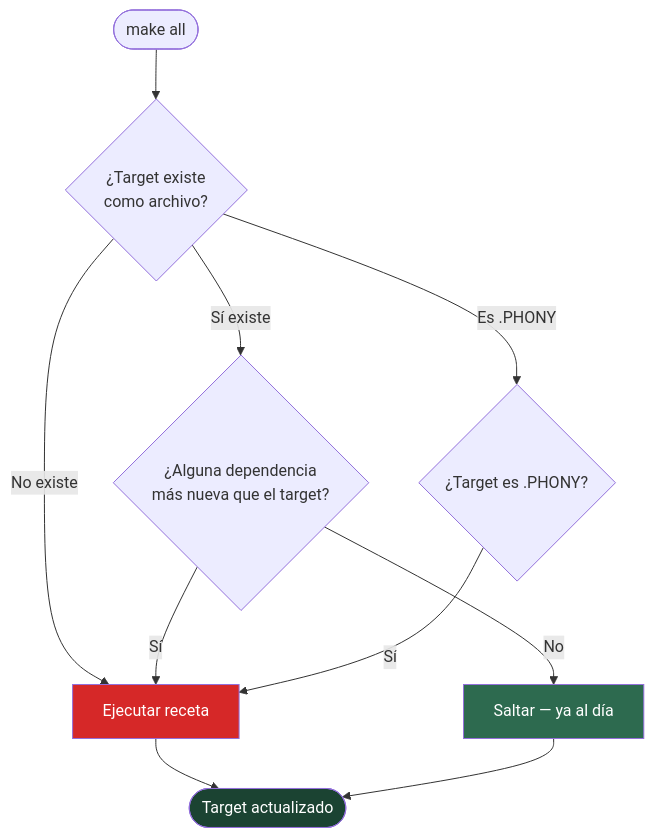
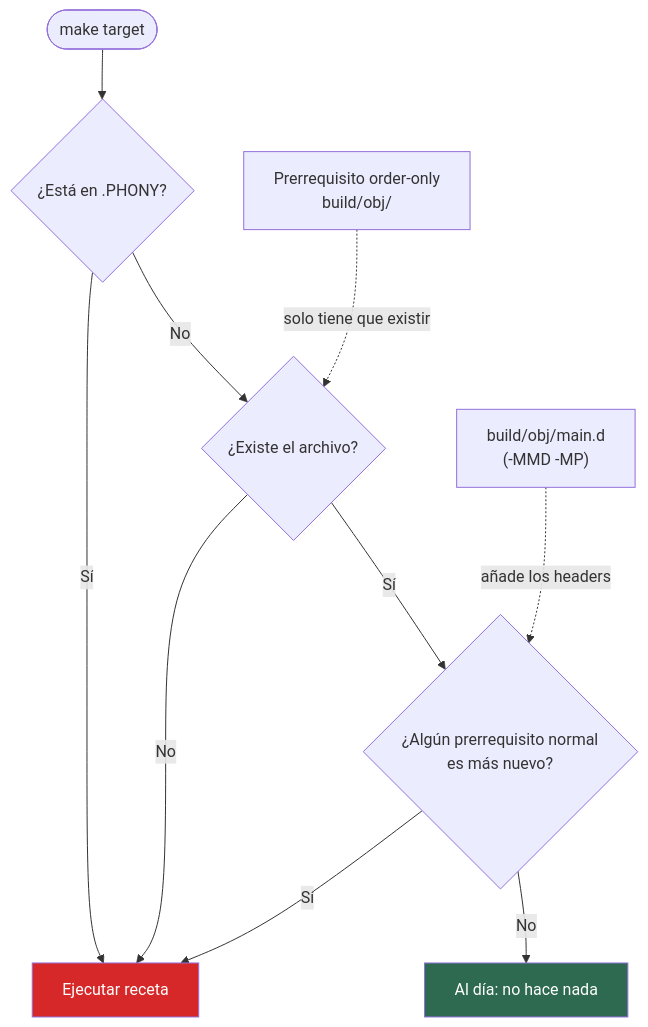
One commit to ergrato-dev/bc-makefile changed the diagram in bootcamp/week-14-proyecto_integrador/0-assets/03-decision-que-rebuild.md. Above: the diagram before and after it, drawn with Mermaid. The commit also changed other lines of this file and 110 other files, not shown here.

````diff
--- a/bootcamp/week-14-proyecto_integrador/0-assets/03-decision-que-rebuild.md
+++ b/bootcamp/week-14-proyecto_integrador/0-assets/03-decision-que-rebuild.md
@@ -3,17 +3,15 @@
 ```mermaid
 flowchart TD
-    START([make all]) --> CHECK_TARGET{¿Target existe<br/>como archivo?}
-    CHECK_TARGET -->|No existe| BUILD[Ejecutar receta]
-    CHECK_TARGET -->|Sí existe| CHECK_DEPS{¿Alguna dependencia<br/>más nueva que el target?}
-    CHECK_DEPS -->|Sí| BUILD
-    CHECK_DEPS -->|No| SKIP[Saltar — ya al día]
-    BUILD --> DONE([Target actualizado])
-    SKIP --> DONE
-
-    CHECK_TARGET2{¿Target es .PHONY?} -->|Sí| BUILD
-    CHECK_TARGET -->|Es .PHONY| CHECK_TARGET2
+    START([make target]) --> PHONY{¿Está en .PHONY?}
+    PHONY -->|Sí| BUILD[Ejecutar receta]
+    PHONY -->|No| EXISTS{¿Existe el archivo?}
+    EXISTS -->|No| BUILD
+    EXISTS -->|Sí| NEWER{¿Algún prerrequisito normal<br/>es más nuevo?}
+    NEWER -->|Sí| BUILD
+    NEWER -->|No| SKIP[Al día: no hace nada]
+    OO["Prerrequisito order-only<br/>build/obj/"] -.->|solo tiene que existir| EXISTS
+    DEP["build/obj/main.d<br/>(-MMD -MP)"] -.->|añade los headers| NEWER
 
     style BUILD fill:#d62828,color:#fff
     style SKIP fill:#2d6a4f,color:#fff
-    style DONE fill:#1b4332,color:#fff
 ```
````
